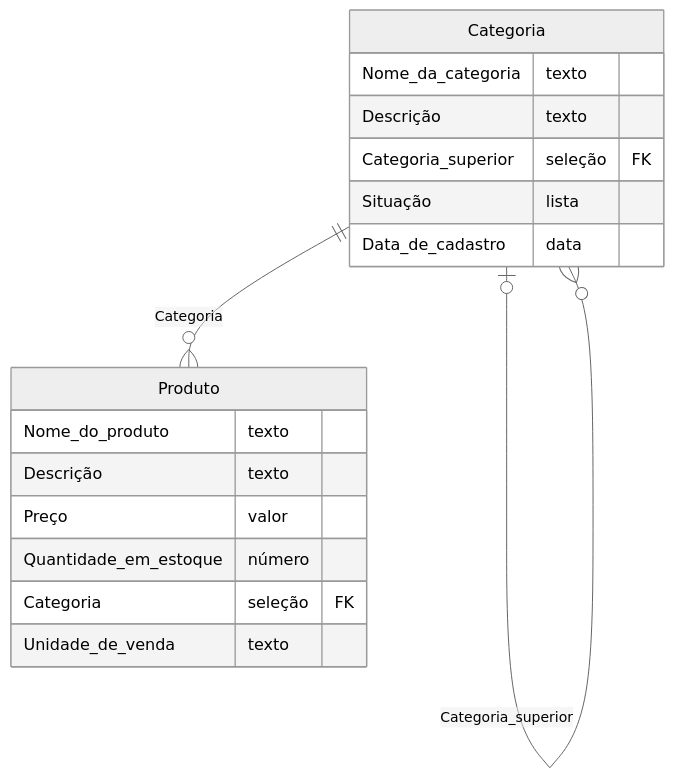
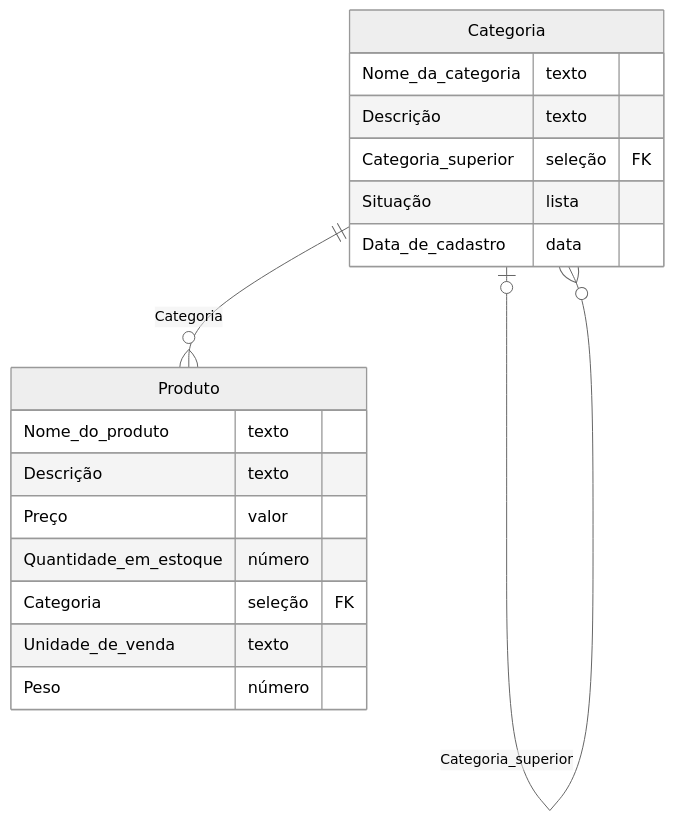
One commit to andromarcio/loja-acme-simulacao changed the second of 4 diagrams in global/DIAGRAMA-ER.md. Above: the diagram before and after it, drawn with Mermaid (neutral theme). The commit also changed 3 other files, not shown here.

````diff
--- a/global/DIAGRAMA-ER.md
+++ b/global/DIAGRAMA-ER.md
@@ -28,20 +28,21 @@
 ```mermaid
 erDiagram
   Categoria {
     Nome_da_categoria texto
     Descrição texto
     Categoria_superior seleção FK
     Situação lista
     Data_de_cadastro data
   }
   Produto {
     Nome_do_produto texto
     Descrição texto
     Preço valor
     Quantidade_em_estoque número
     Categoria seleção FK
     Unidade_de_venda texto
+    Peso número
   }
   Categoria |o--o{ Categoria : "Categoria_superior"
   Categoria ||--o{ Produto : "Categoria"
 ```
````
